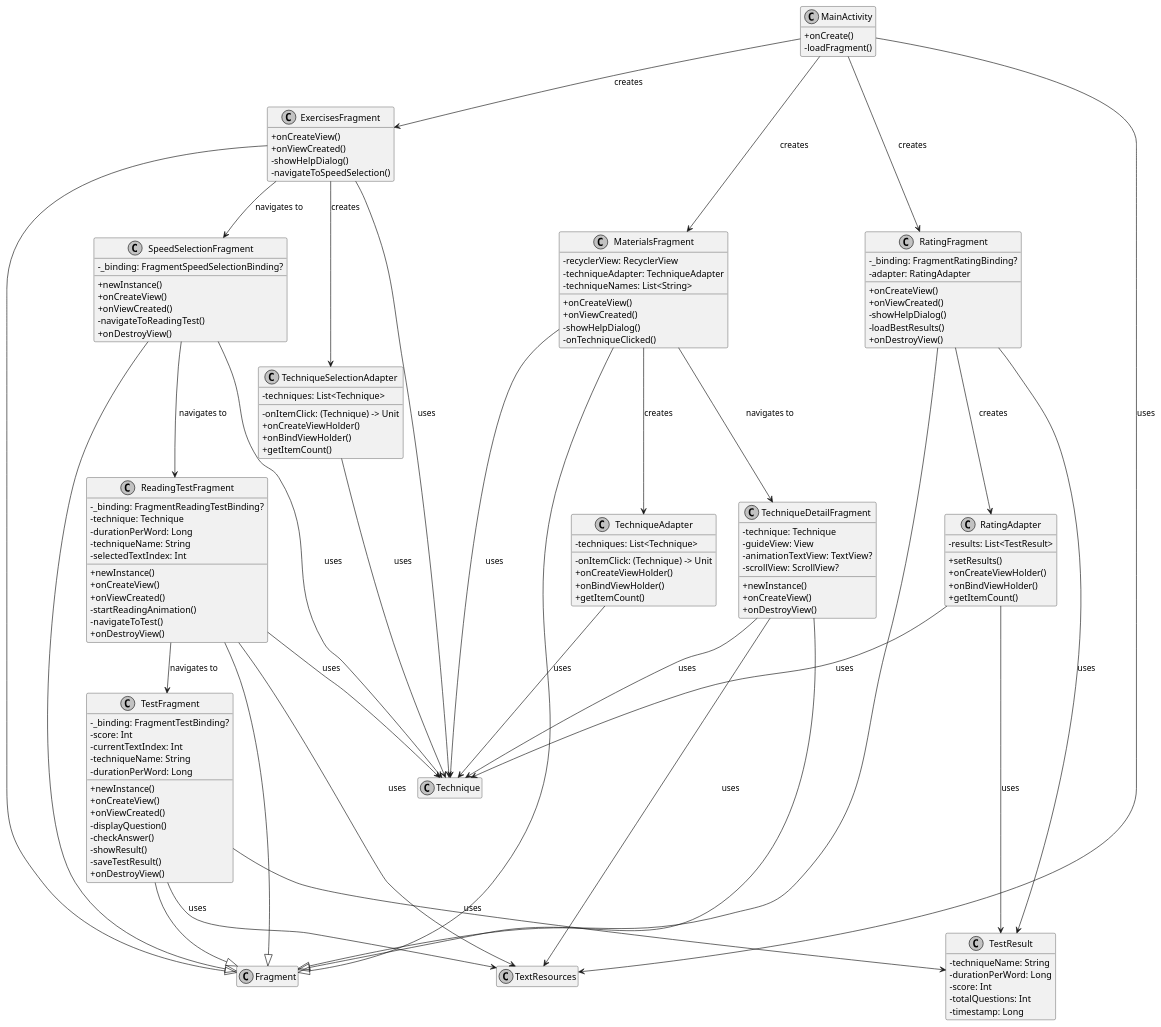
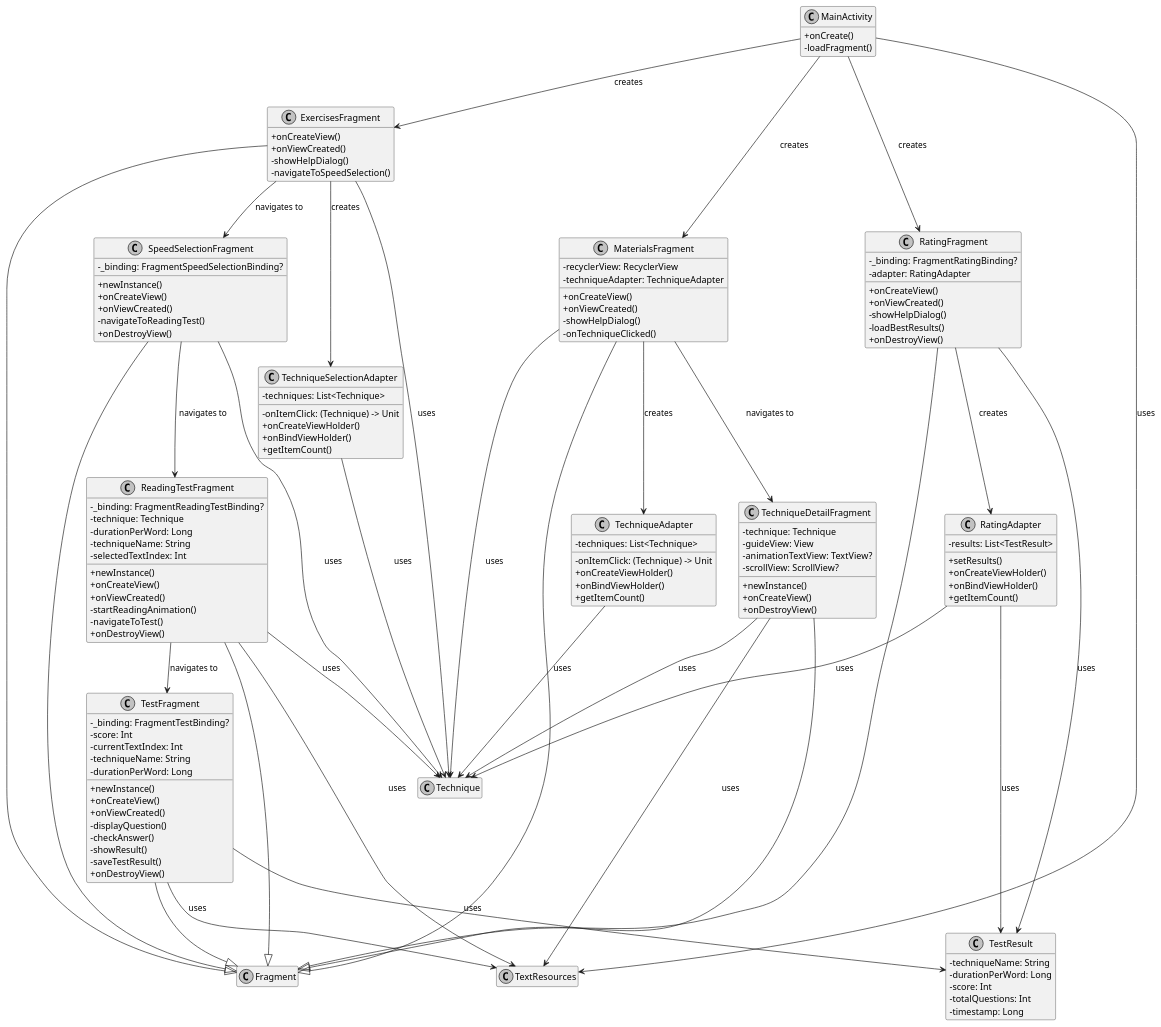
Before and after one commit to dmitryvsl/scorochtenie: the diagram in diagram4.puml, drawn with PlantUML. The commit also changed 7 other files, not shown here.

```diff
--- a/diagram4.puml
+++ b/diagram4.puml
@@ -1,178 +1,177 @@
 @startuml
 skinparam monochrome true
 skinparam classAttributeIconSize 0
 
 ' Класс MainActivity
 class MainActivity {
   + onCreate()
   - loadFragment()
 }
 
 ' Класс ExercisesFragment
 class ExercisesFragment {
   + onCreateView()
   + onViewCreated()
   - showHelpDialog()
   - navigateToSpeedSelection()
 }
 
 ' Класс MaterialsFragment
 class MaterialsFragment {
   - recyclerView: RecyclerView
   - techniqueAdapter: TechniqueAdapter
-  - techniqueNames: List<String>
   + onCreateView()
   + onViewCreated()
   - showHelpDialog()
   - onTechniqueClicked()
 }
 
 ' Класс RatingFragment
 class RatingFragment {
   - _binding: FragmentRatingBinding?
   - adapter: RatingAdapter
   + onCreateView()
   + onViewCreated()
   - showHelpDialog()
   - loadBestResults()
   + onDestroyView()
 }
 
 ' Класс ReadingTestFragment
 class ReadingTestFragment {
   - _binding: FragmentReadingTestBinding?
   - technique: Technique
   - durationPerWord: Long
   - techniqueName: String
   - selectedTextIndex: Int
   + newInstance()
   + onCreateView()
   + onViewCreated()
   - startReadingAnimation()
   - navigateToTest()
   + onDestroyView()
 }
 
 ' Класс SpeedSelectionFragment
 class SpeedSelectionFragment {
   - _binding: FragmentSpeedSelectionBinding?
   + newInstance()
   + onCreateView()
   + onViewCreated()
   - navigateToReadingTest()
   + onDestroyView()
 }
 
 ' Класс TechniqueAdapter
 class TechniqueAdapter {
   - techniques: List<Technique>
   - onItemClick: (Technique) -> Unit
   + onCreateViewHolder()
   + onBindViewHolder()
   + getItemCount()
 }
 
 ' Класс TechniqueDetailFragment
 class TechniqueDetailFragment {
   - technique: Technique
   - guideView: View
   - animationTextView: TextView?
   - scrollView: ScrollView?
   + newInstance()
   + onCreateView()
   + onDestroyView()
 }
 
 ' Класс TechniqueSelectionAdapter
 class TechniqueSelectionAdapter {
   - techniques: List<Technique>
   - onItemClick: (Technique) -> Unit
   + onCreateViewHolder()
   + onBindViewHolder()
   + getItemCount()
 }
 
 ' Класс TestFragment
 class TestFragment {
   - _binding: FragmentTestBinding?
   - score: Int
   - currentTextIndex: Int
   - techniqueName: String
   - durationPerWord: Long
   + newInstance()
   + onCreateView()
   + onViewCreated()
   - displayQuestion()
   - checkAnswer()
   - showResult()
   - saveTestResult()
   + onDestroyView()
 }
 
 ' Класс RatingAdapter
 class RatingAdapter {
   - results: List<TestResult>
   + setResults()
   + onCreateViewHolder()
   + onBindViewHolder()
   + getItemCount()
 }
 
 ' Класс TestResult
 class TestResult {
   - techniqueName: String
   - durationPerWord: Long
   - score: Int
   - totalQuestions: Int
   - timestamp: Long
 }
 
 ' Внешние зависимости
 class Technique
 
 ' Отношения
 ExercisesFragment --|> Fragment
 MaterialsFragment --|> Fragment
 RatingFragment --|> Fragment
 ReadingTestFragment --|> Fragment
 SpeedSelectionFragment --|> Fragment
 TechniqueDetailFragment --|> Fragment
 TestFragment --|> Fragment
 
 MainActivity --> ExercisesFragment : creates
 MainActivity --> MaterialsFragment : creates
 MainActivity --> RatingFragment : creates
 MainActivity --> TextResources : uses
 
 ExercisesFragment --> Technique : uses
 ExercisesFragment --> TechniqueSelectionAdapter : creates
 ExercisesFragment --> SpeedSelectionFragment : navigates to
 
 MaterialsFragment --> Technique : uses
 MaterialsFragment --> TechniqueAdapter : creates
 MaterialsFragment --> TechniqueDetailFragment : navigates to
 
 RatingFragment --> RatingAdapter : creates
 RatingFragment --> TestResult : uses
 
 ReadingTestFragment --> Technique : uses
 ReadingTestFragment --> TextResources : uses
 ReadingTestFragment --> TestFragment : navigates to
 
 SpeedSelectionFragment --> Technique : uses
 SpeedSelectionFragment --> ReadingTestFragment : navigates to
 
 TechniqueAdapter --> Technique : uses
 TechniqueSelectionAdapter --> Technique : uses
 
 TechniqueDetailFragment --> Technique : uses
 TechniqueDetailFragment --> TextResources : uses
 
 TestFragment --> TextResources : uses
 TestFragment --> TestResult : uses
 
 RatingAdapter --> TestResult : uses
 RatingAdapter --> Technique : uses
 
 hide empty members
 @enduml
```
